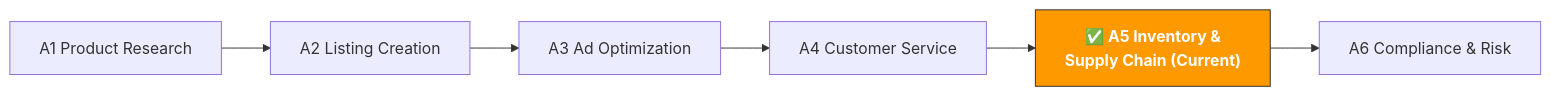
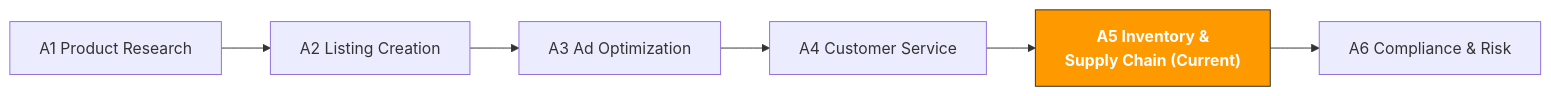
The diagram in en/paths/a-operators/a5-inventory.md (kangise/ecommerce-ai-roadmap), drawn with Mermaid before and after one commit. The commit also changed other lines of this file and 185 other files, not shown here.

````diff
--- a/en/paths/a-operators/a5-inventory.md
+++ b/en/paths/a-operators/a5-inventory.md
@@ -13,15 +13,15 @@
 ```mermaid
 flowchart LR
-    A1["A1 Product Research"]
-    A1 --> A2
-    A2["A2 Listing Creation"]
-    A2 --> A3
-    A3["A3 Ad Optimization"]
-    A3 --> A4
-    A4["A4 Customer Service"]
-    A4 --> A5
-    A5["✅ A5 Inventory &<br/>Supply Chain (Current)"]:::current
-    A5 --> A6
-    A6["A6 Compliance & Risk"]
-    classDef current fill:#ff9900,stroke:#333,color:#fff,font-weight:bold
+A1["A1 Product Research"]
+A1 --> A2
+A2["A2 Listing Creation"]
+A2 --> A3
+A3["A3 Ad Optimization"]
+A3 --> A4
+A4["A4 Customer Service"]
+A4 --> A5
+A5[" A5 Inventory &<br/>Supply Chain (Current)"]:::current
+A5 --> A6
+A6["A6 Compliance & Risk"]
+classDef current fill:#ff9900,stroke:#333,color:#fff,font-weight:bold
 ```
````
